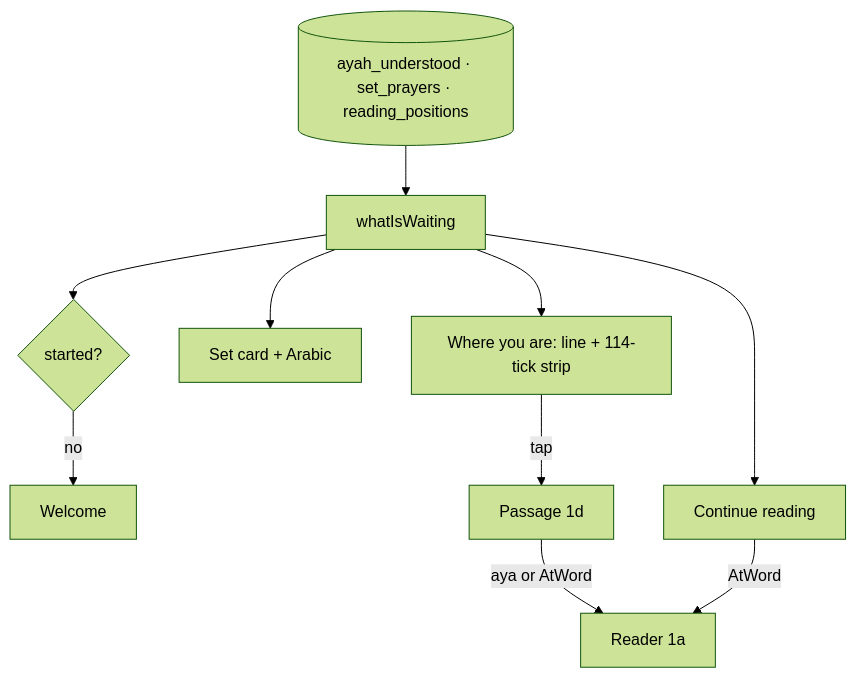
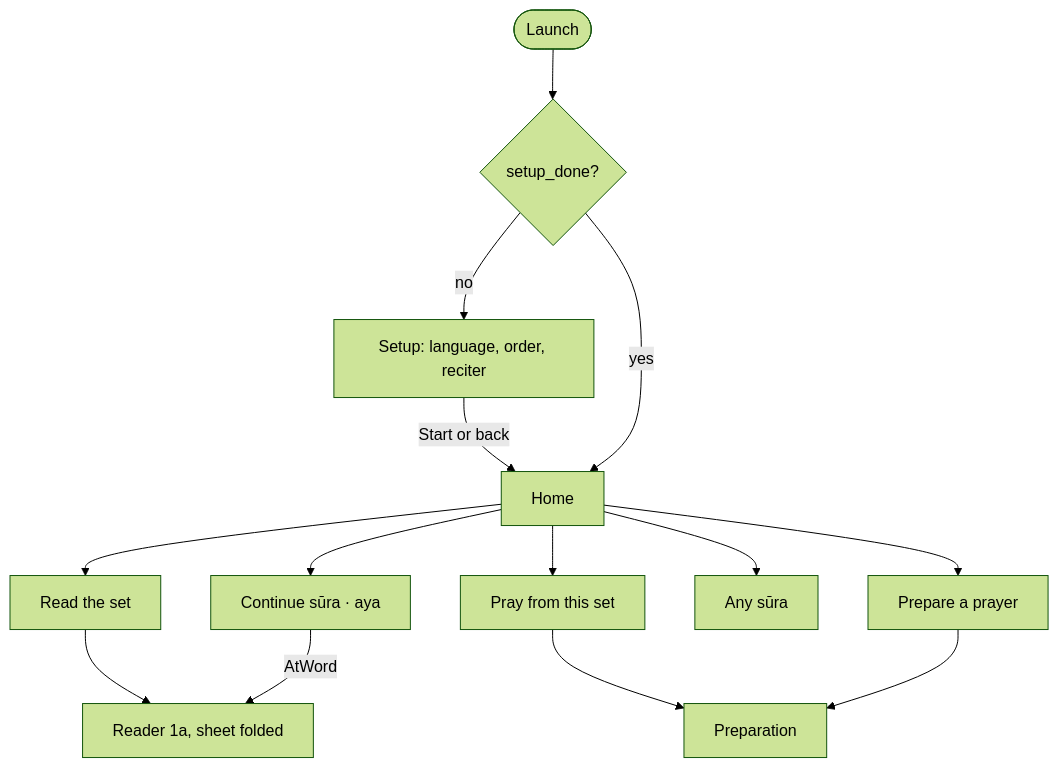
The seventh of 11 diagrams in docs/architecture/app/sets-and-reader.md (MohammadBnei/wird), drawn with Mermaid (forest theme) before and after one commit. The commit also changed other lines of this file and 49 other files, not shown here.

First line of the commit message:
feat(app): a short setup on first launch, then a home of few doors

````diff
--- a/docs/architecture/app/sets-and-reader.md
+++ b/docs/architecture/app/sets-and-reader.md
@@ -292,12 +294,12 @@
 ```mermaid
 flowchart TD
-  db[("ayah_understood · set_prayers · reading_positions")] --> waiting["whatIsWaiting"]
-  waiting --> welcome{"started?"}
-  welcome -->|no| hello["Welcome"]
-  waiting --> card["Set card + Arabic"]
-  waiting --> strip["Where you are: line + 114-tick strip"]
-  waiting --> cont["Continue reading"]
-  strip -->|tap| passage["Passage 1d"]
-  passage -->|"aya or AtWord"| reader["Reader 1a"]
-  cont -->|AtWord| reader
+  launch(["Launch"]) --> done{"setup_done?"}
+  done -->|no| setup["Setup: language, order, reciter"]
+  setup -->|"Start or back"| home
+  done -->|yes| home["Home"]
+  home --> read["Read the set"] --> reader["Reader 1a, sheet folded"]
+  home --> pray["Pray from this set"] --> prepare["Preparation"]
+  home --> cont["Continue sūra · aya"] -->|AtWord| reader
+  home --> index["Any sūra"]
+  home --> own["Prepare a prayer"] --> prepare
 ```
````
